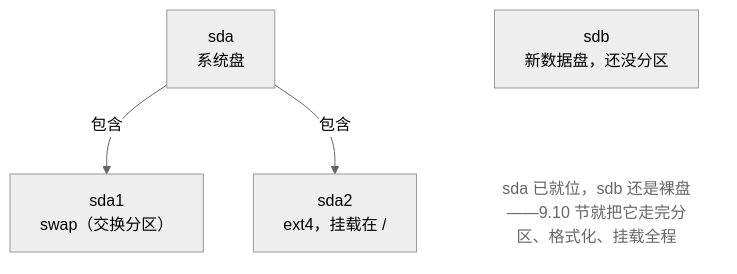
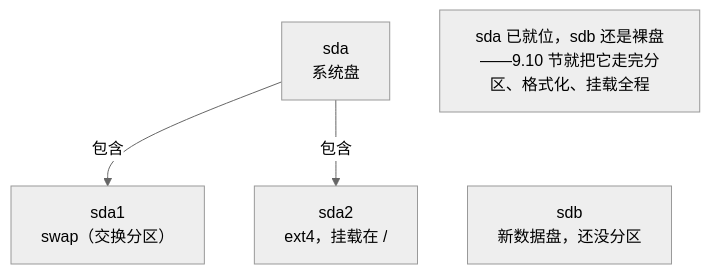
One commit to wangxiangnan/wangxiangnan.github.io changed the second of 3 diagrams in src/linux-command/ch09.md. Above: the diagram before and after it, drawn with Mermaid (neutral theme). The commit also changed other lines of this file and 15 other files, not shown here.

````diff
--- a/src/linux-command/ch09.md
+++ b/src/linux-command/ch09.md
@@ -84,14 +83,11 @@
 ```mermaid
 flowchart TB
     SDA["sda<br>系统盘"]
     SDA1["sda1<br>swap（交换分区）"]
     SDA2["sda2<br>ext4，挂载在 /"]
     SDB["sdb<br>新数据盘，还没分区"]
     N["sda 已就位，sdb 还是裸盘——9.10 节就把它走完分区、格式化、挂载全程"]
 
     SDA -->|包含| SDA1 & SDA2
-    SDB ~~~ N
-
-    classDef note fill:none,stroke:none,color:#666
-    class N note
+    SDA ~~~ SDB
 ```
````
